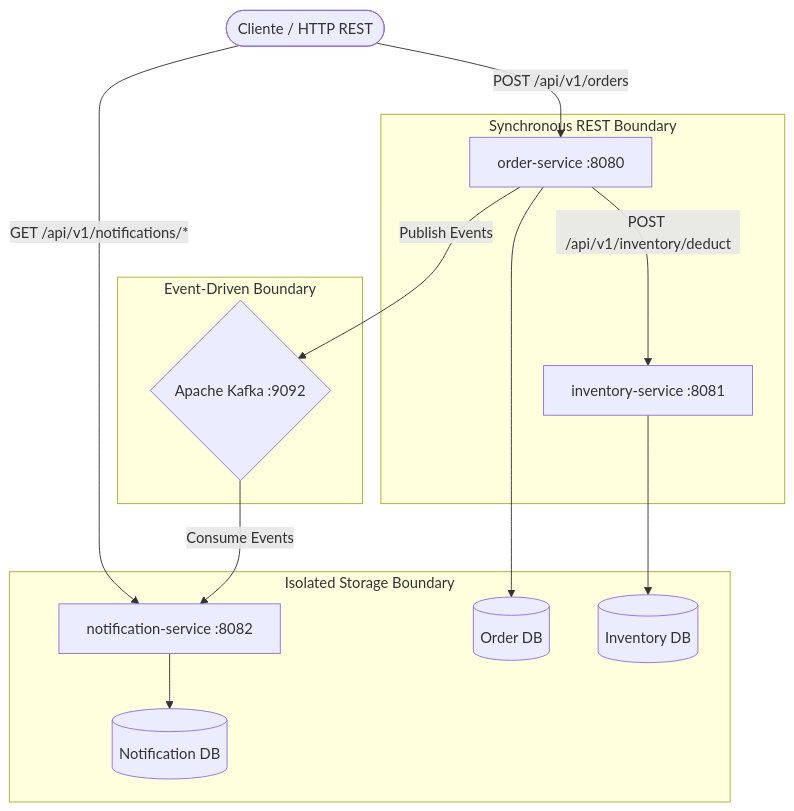
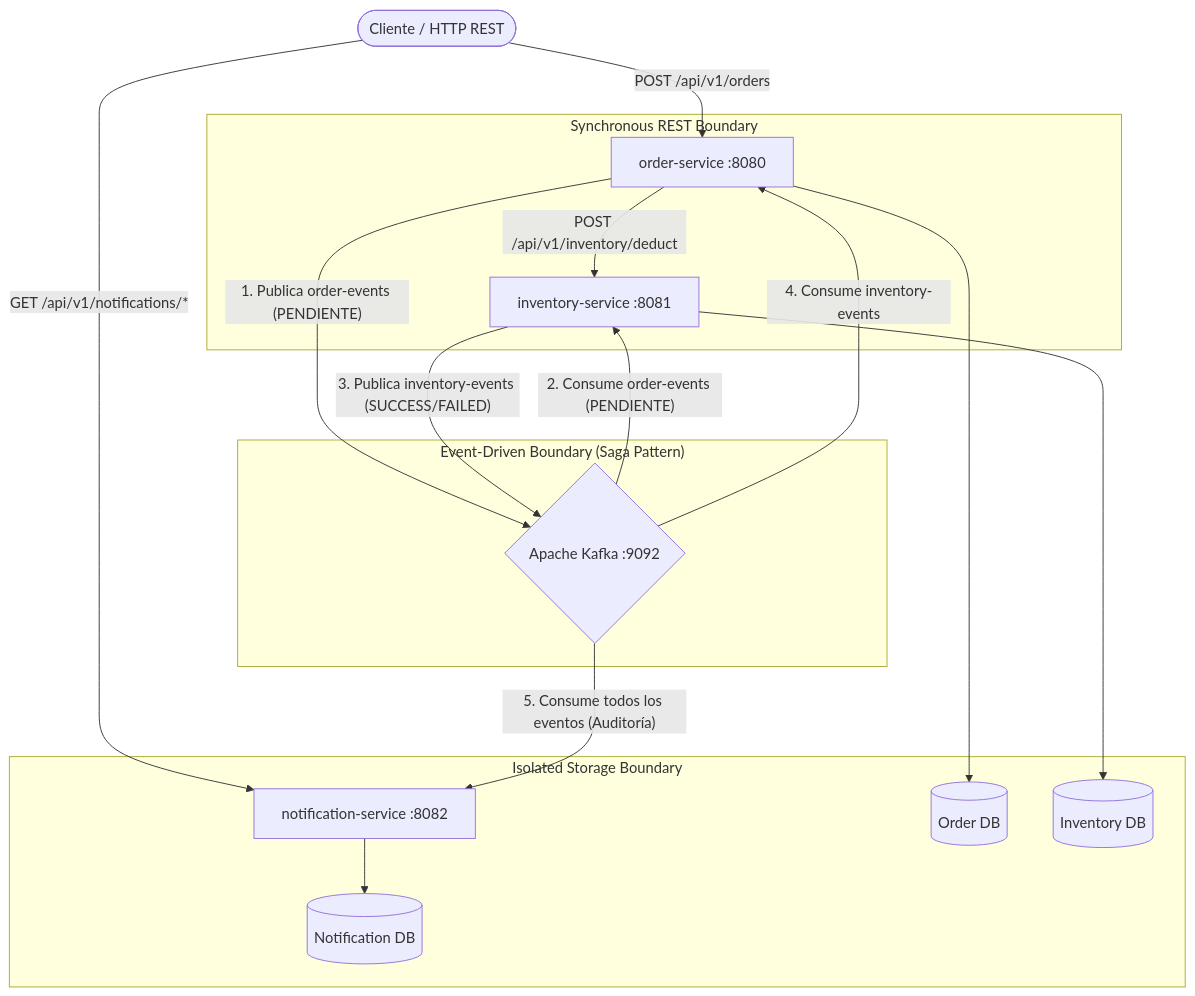
Before and after one commit to soniaGarcia/orderinvent-platform: the first of 5 diagrams in architecture.md, drawn with Mermaid. The commit also changed other lines of this file, not shown here.

````diff
--- a/architecture.md
+++ b/architecture.md
@@ -28,20 +28,23 @@
 ```mermaid
 graph TD
     Client(["Cliente / HTTP REST"]) -->|"POST /api/v1/orders"| OrderSvc["order-service :8080"]
     Client -->|"GET /api/v1/notifications/*"| NotifSvc["notification-service :8082"]
     
     subgraph REST ["Synchronous REST Boundary"]
         OrderSvc -->|"POST /api/v1/inventory/deduct"| InvSvc["inventory-service :8081"]
     end
 
     subgraph Storage ["Isolated Storage Boundary"]
         OrderSvc --> DB_Order[("Order DB")]
         InvSvc --> DB_Inv[("Inventory DB")]
         NotifSvc --> DB_Notif[("Notification DB")]
     end
 
-    subgraph Event ["Event-Driven Boundary"]
-        OrderSvc -->|"Publish Events"| Kafka{"Apache Kafka :9092"}
-        Kafka -->|"Consume Events"| NotifSvc
+    subgraph Event ["Event-Driven Boundary (Saga Pattern)"]
+        OrderSvc -->|"1. Publica order-events (PENDIENTE)"| Kafka{"Apache Kafka :9092"}
+        Kafka -->|"2. Consume order-events (PENDIENTE)"| InvSvc
+        InvSvc -->|"3. Publica inventory-events (SUCCESS/FAILED)"| Kafka
+        Kafka -->|"4. Consume inventory-events"| OrderSvc
+        Kafka -->|"5. Consume todos los eventos (Auditoría)"| NotifSvc
     end
 ```
````
